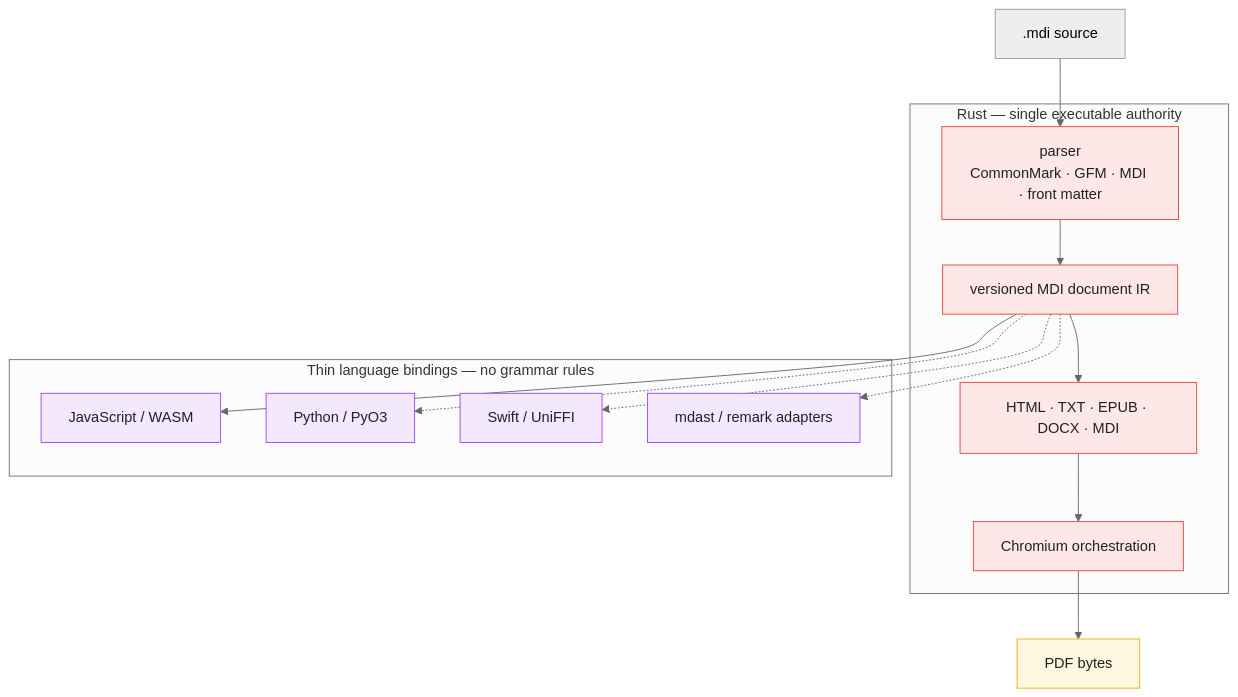
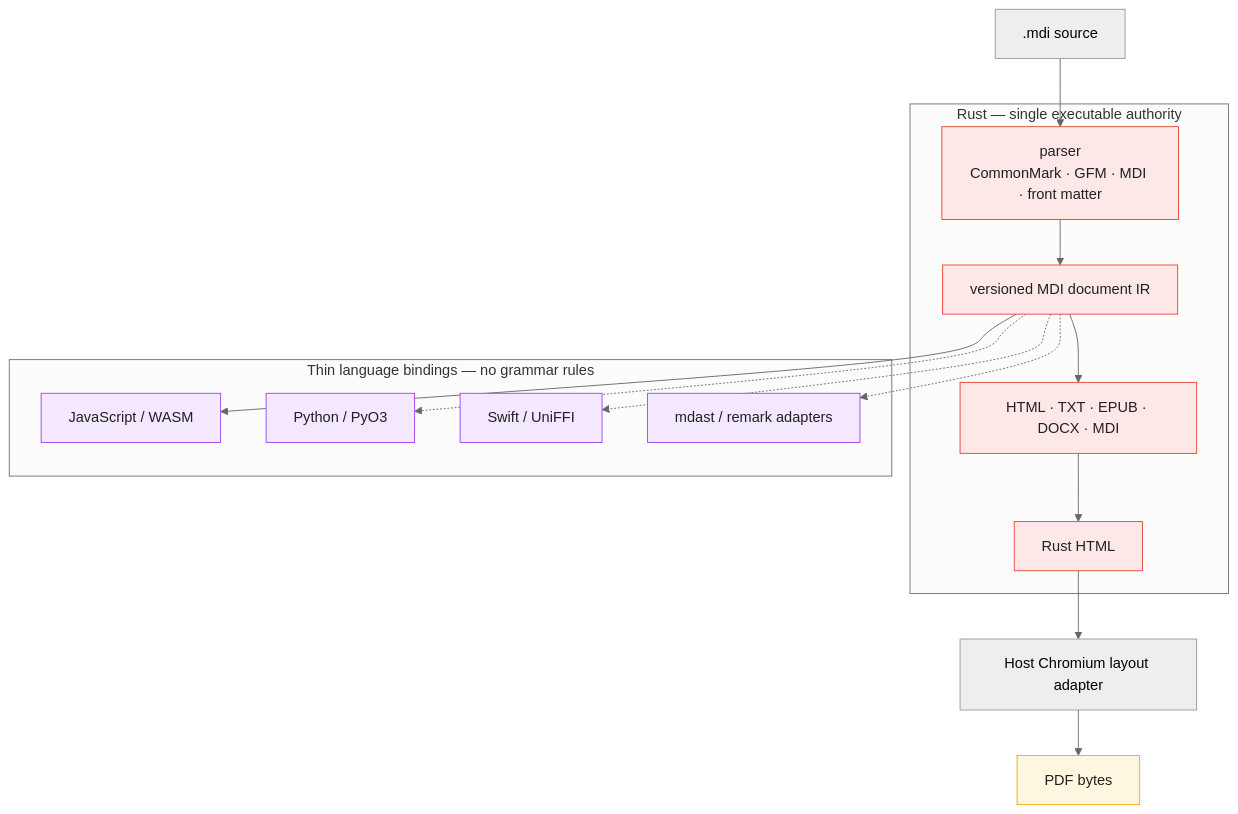
One commit to illusions-lab/mdi-js changed the diagram in README.md. Above: the diagram before and after it, drawn with Mermaid (neutral theme). The commit also changed other lines of this file and 52 other files, not shown here.

````diff
--- a/README.md
+++ b/README.md
@@ -86,29 +86,29 @@
 ```mermaid
 flowchart TD
   source[".mdi source"] --> core
   subgraph rustCore["Rust — single executable authority"]
     core["parser<br/>CommonMark · GFM · MDI · front matter"] --> ir["versioned MDI document IR"]
     ir --> renderers["HTML · TXT · EPUB · DOCX · MDI"]
-    renderers --> chromium["Chromium orchestration"]
+    renderers --> html["Rust HTML"]
   end
 
   subgraph bindings["Thin language bindings — no grammar rules"]
     js["JavaScript / WASM"]
     py["Python / PyO3"]
     swift["Swift / UniFFI"]
     ecosystem["mdast / remark adapters"]
   end
 
   ir --> js
   ir -.-> py
   ir -.-> swift
   ir -.-> ecosystem
-  chromium --> pdf["PDF bytes"]
+  html --> chromium["Host Chromium layout adapter"] --> pdf["PDF bytes"]
 
   classDef rustcore fill:#fde7e7,stroke:#ea4335,color:#202124
   classDef binding fill:#f3e8fd,stroke:#a142f4,color:#202124
   classDef output fill:#fef7e0,stroke:#f9ab00,color:#202124
-  class core,ir,renderers,chromium rustcore
+  class core,ir,renderers,html rustcore
   class js,py,swift,ecosystem binding
   class pdf output
 ```
````
